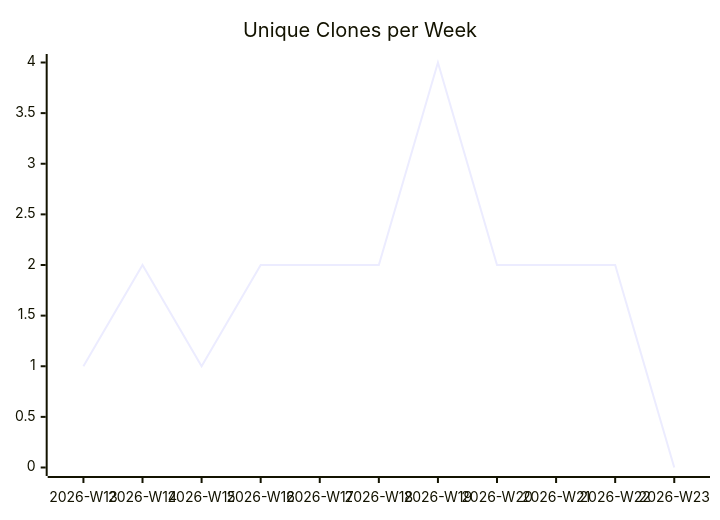
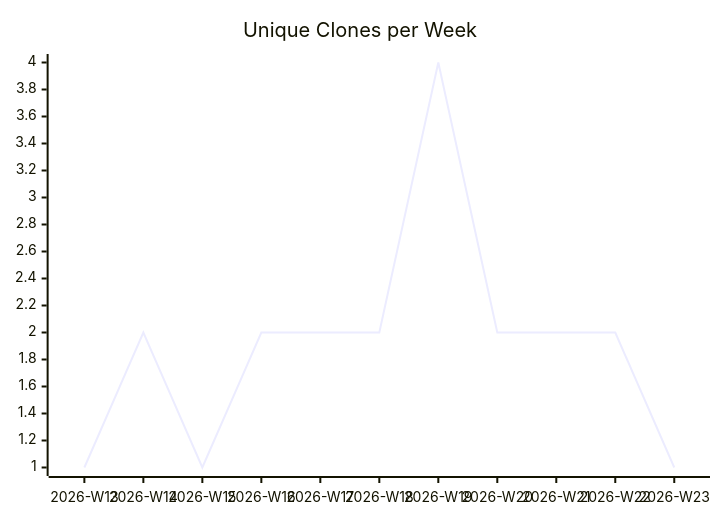
One commit to justdavis-family/github-analytics-data changed the third of 3 diagrams in karlmdavis/sample-maven-and-rcp/README.md. Above: the diagram before and after it, drawn with Mermaid. The commit also changed other lines of this file and 189 other files, not shown here.

````diff
--- a/karlmdavis/sample-maven-and-rcp/README.md
+++ b/karlmdavis/sample-maven-and-rcp/README.md
@@ -19,6 +19,6 @@
 ```mermaid
 xychart-beta
   title "Unique Clones per Week"
   x-axis ["2026-W13", "2026-W14", "2026-W15", "2026-W16", "2026-W17", "2026-W18", "2026-W19", "2026-W20", "2026-W21", "2026-W22", "2026-W23"]
-  line [1, 2, 1, 2, 2, 2, 4, 2, 2, 2, 0]
+  line [1, 2, 1, 2, 2, 2, 4, 2, 2, 2, 1]
 ```
````
